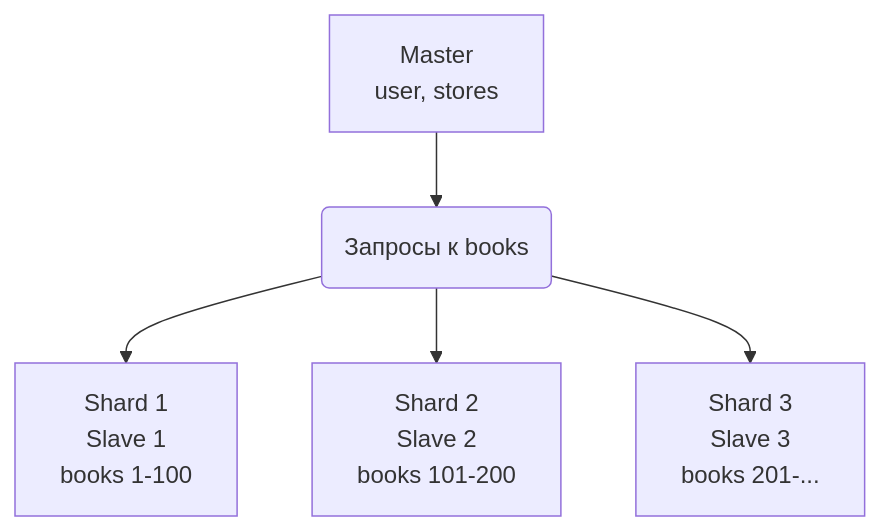
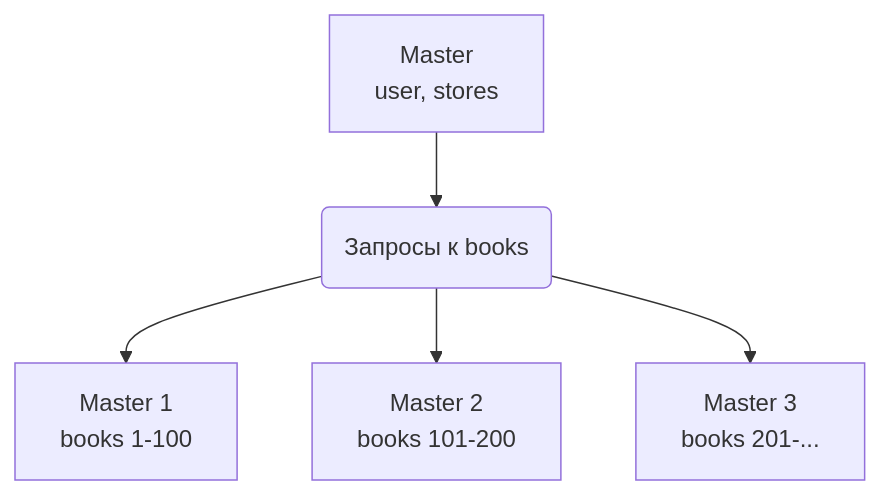
Before and after one commit to nikitarostorguev8837-alt/sdb-hw-12-07: the first of 2 diagrams in README.md, drawn with Mermaid.

````diff
--- a/README.md
+++ b/README.md
@@ -27,8 +27,8 @@
 ```mermaid
 graph TD
 MainDB[Master<br>user, stores] --> Books(Запросы к books)
 
-Books --> Slave1[Shard 1<br>Slave 1<br>books 1-100]
-Books --> Slave2[Shard 2<br>Slave 2<br>books 101-200]
-Books --> Slave3[Shard 3<br>Slave 3<br>books 201-...]
+Books --> Master1[Master 1<br>books 1-100]
+Books --> Master2[Master 2<br>books 101-200]
+Books --> Master3[Master 3<br>books 201-...]
 ```
````
